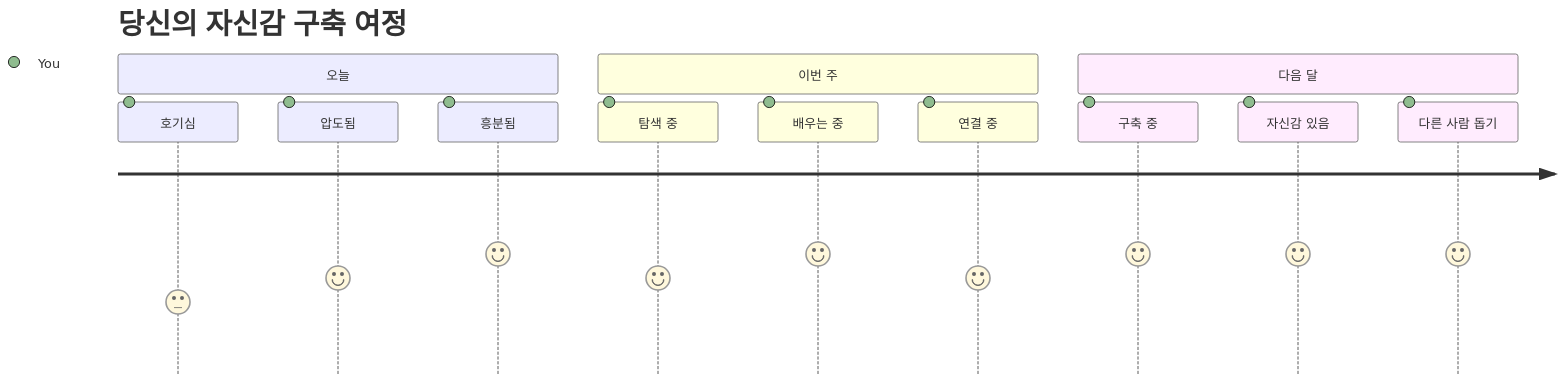
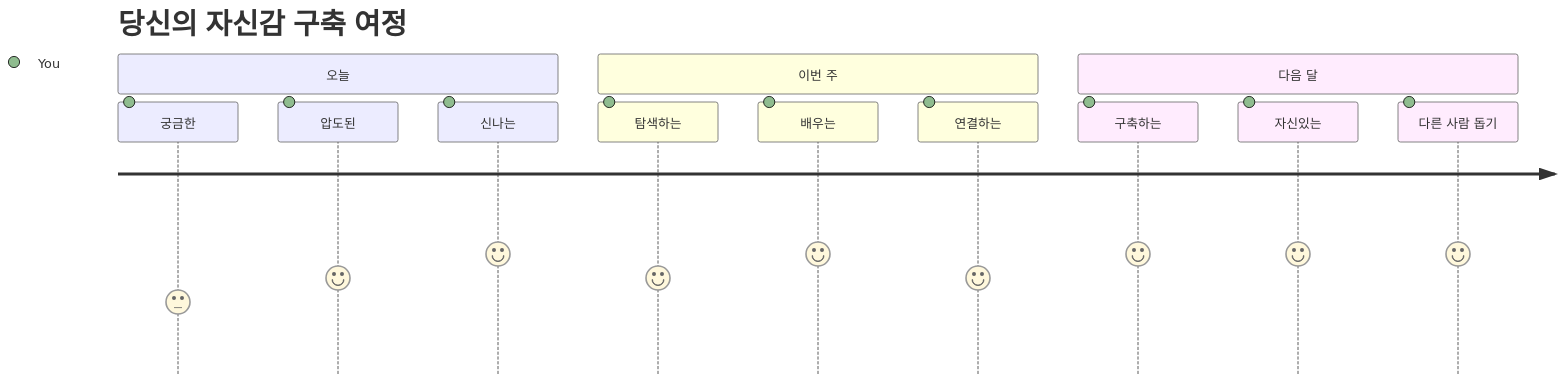
Before and after one commit to microsoft/Web-Dev-For-Beginners: the seventh of 7 diagrams in translations/ko/1-getting-started-lessons/1-intro-to-programming-languages/README.md, drawn with Mermaid. The commit also changed other lines of this file and 11 other files, not shown here.

````diff
--- a/translations/ko/1-getting-started-lessons/1-intro-to-programming-languages/README.md
+++ b/translations/ko/1-getting-started-lessons/1-intro-to-programming-languages/README.md
@@ -833,16 +832,16 @@
 ```mermaid
 journey
     title 당신의 자신감 구축 여정
     section 오늘
-      호기심: 3: You
-      압도됨: 4: You
-      흥분됨: 5: You
+      궁금한: 3: You
+      압도된: 4: You
+      신나는: 5: You
     section 이번 주
-      탐색 중: 4: You
-      배우는 중: 5: You
-      연결 중: 4: You
+      탐색하는: 4: You
+      배우는: 5: You
+      연결하는: 4: You
     section 다음 달
-      구축 중: 5: You
-      자신감 있음: 5: You
+      구축하는: 5: You
+      자신있는: 5: You
       다른 사람 돕기: 5: You
 ```
````
